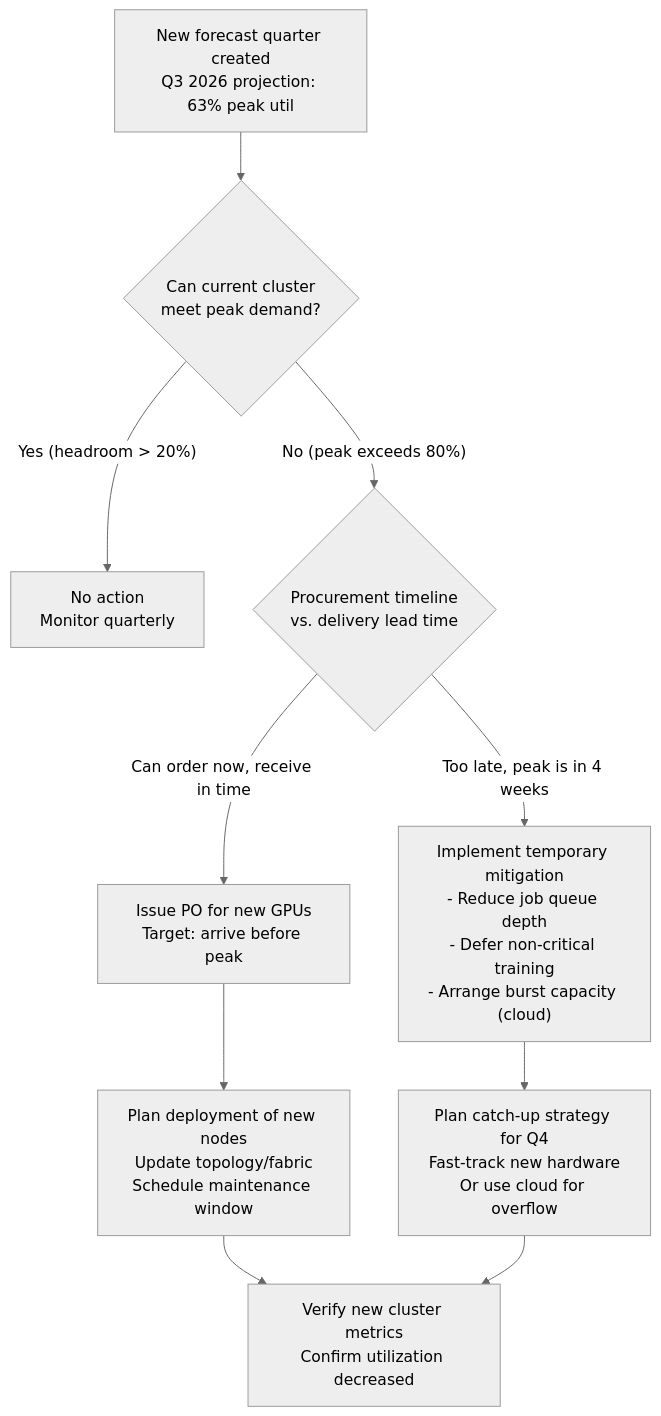
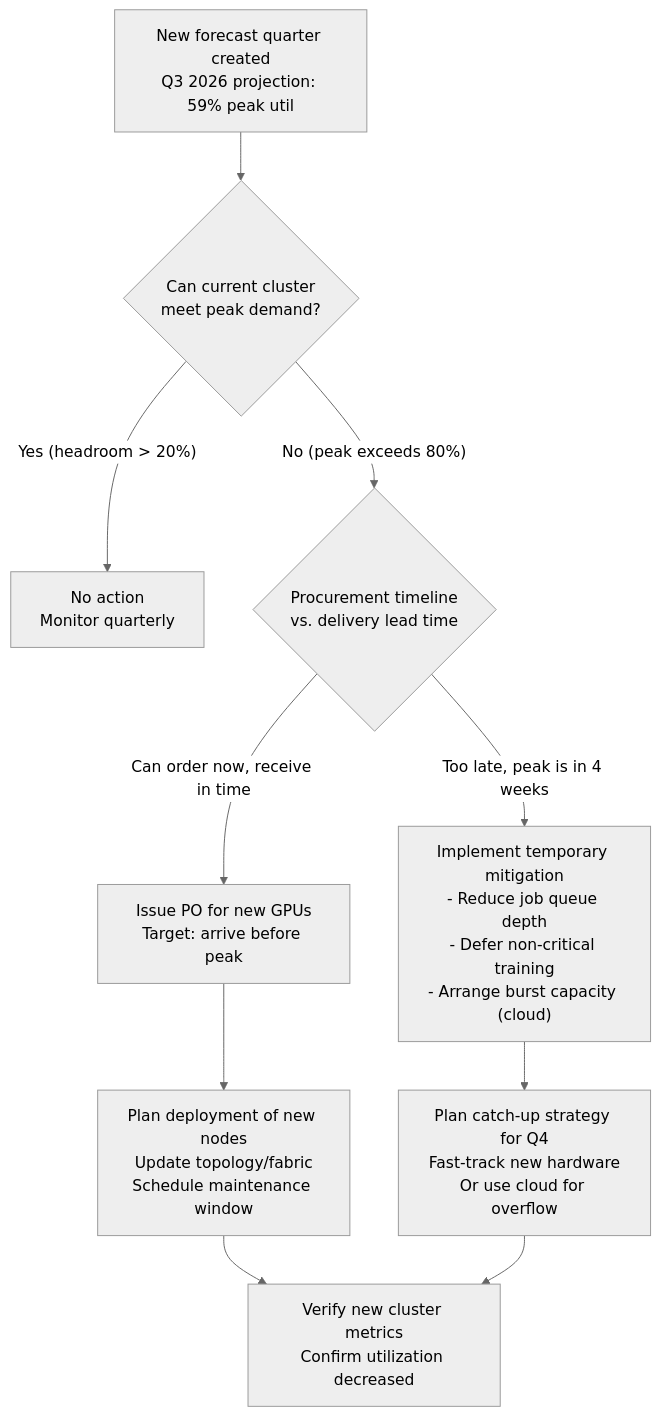
Before and after one commit to jithinpnjm/nvidia-devops: the diagram in docs/nvidia-zero-to-hero/volume-19/chapter-03-placeholder.md, drawn with Mermaid (neutral theme). The commit also changed other lines of this file and 9 other files, not shown here.

````diff
--- a/docs/nvidia-zero-to-hero/volume-19/chapter-03-placeholder.md
+++ b/docs/nvidia-zero-to-hero/volume-19/chapter-03-placeholder.md
@@ -139,12 +142,12 @@
 ```mermaid
 flowchart TD
-    A["New forecast quarter created<br/>Q3 2026 projection: 63% peak util"] --> B{Can current cluster<br/>meet peak demand?}
+    A["New forecast quarter created<br/>Q3 2026 projection: 59% peak util"] --> B{Can current cluster<br/>meet peak demand?}
     B -->|"Yes (headroom > 20%)"| C["No action<br/>Monitor quarterly"]
     B -->|"No (peak exceeds 80%)"| D{Procurement timeline<br/>vs. delivery lead time}
     D -->|"Can order now, receive in time"| E["Issue PO for new GPUs<br/>Target: arrive before peak"]
     D -->|"Too late, peak is in 4 weeks"| F["Implement temporary mitigation<br/>- Reduce job queue depth<br/>- Defer non-critical training<br/>- Arrange burst capacity (cloud)"]
     E --> G["Plan deployment of new nodes<br/>Update topology/fabric<br/>Schedule maintenance window"]
     F --> H["Plan catch-up strategy for Q4<br/>Fast-track new hardware<br/>Or use cloud for overflow"]
     G --> I["Verify new cluster metrics<br/>Confirm utilization decreased"]
     H --> I
 ```
````
